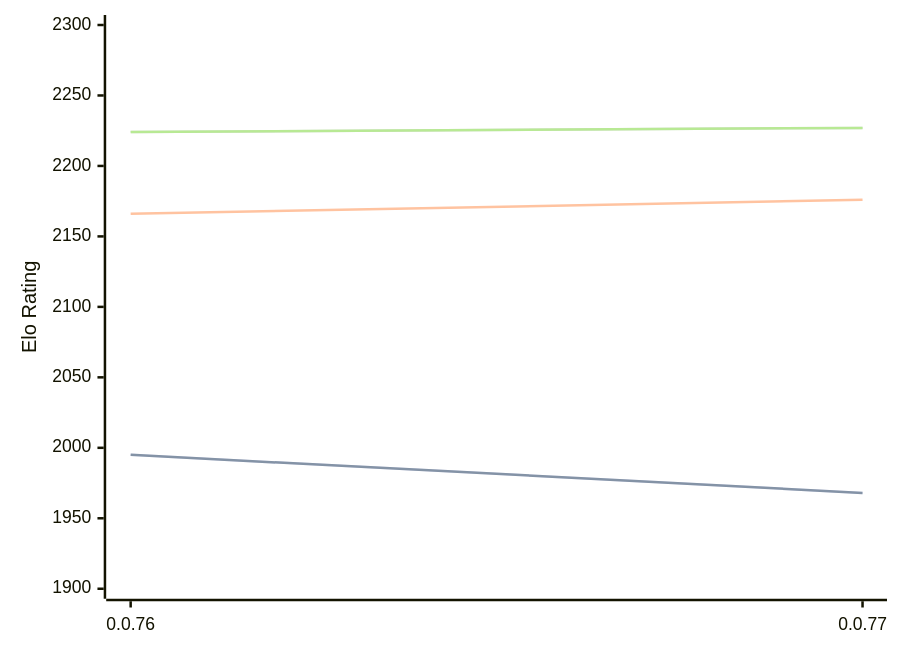
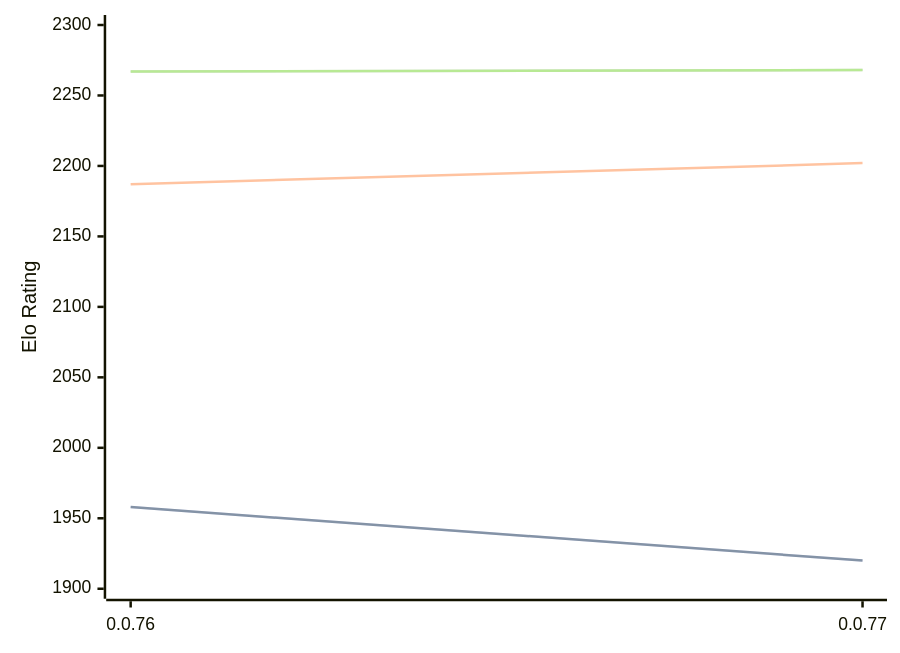
One commit to computer-chess-index/cci changed the diagram in engines/Fktb.md. Above: the diagram before and after it, drawn with Mermaid. The commit also changed other lines of this file, not shown here.

Commit message:
Update CCI Ratings (ELO VLTC) - 2026-02-24

````diff
--- a/engines/Fktb.md
+++ b/engines/Fktb.md
@@ -29,11 +30,11 @@
 ```mermaid
 %%{init: {"theme":"base","themeVariables":{"seriesColors:['#a3a3a3','#222221','#faa371']}}}%%
 xychart-beta
   x-axis ["0.0.76", "0.0.77"]
   y-axis "Elo Rating" 1900 --> 2300
-  line "STC (8.0+0.08s)" [1995, 1968]
-  line "STC (8.0+0.08s)" [1995, 1968]
-  line "LTC (60.0+0.60s)" [2166, 2176]
-  line "VLTC (2m24s+1.12s)" [2224, 2227]
-  line "VLTC (2m24s+1.12s)" [2224, 2227]
+  line "STC (8.0+0.08s)" [1958, 1920]
+  line "STC (8.0+0.08s)" [1958, 1920]
+  line "LTC (60.0+0.60s)" [2187, 2202]
+  line "VLTC (2m24s+1.12s)" [2267, 2268]
+  line "VLTC (2m24s+1.12s)" [2267, 2268]
 ```
````
